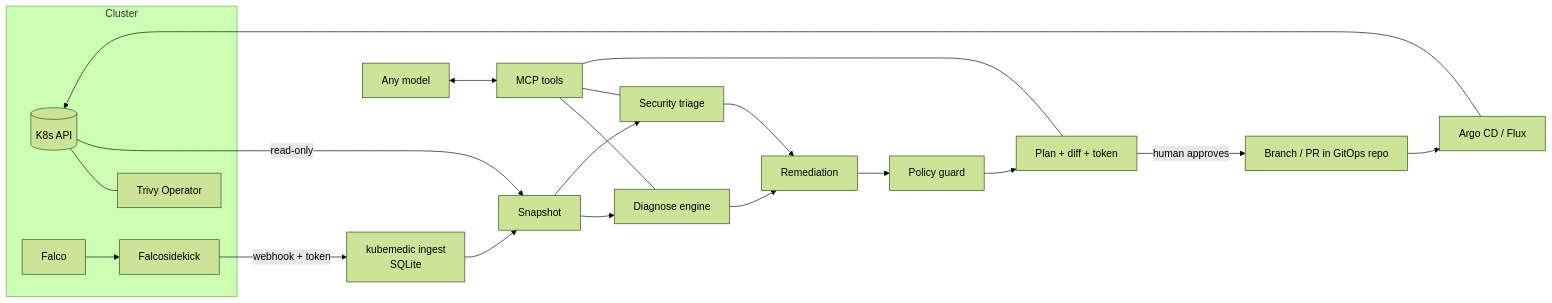
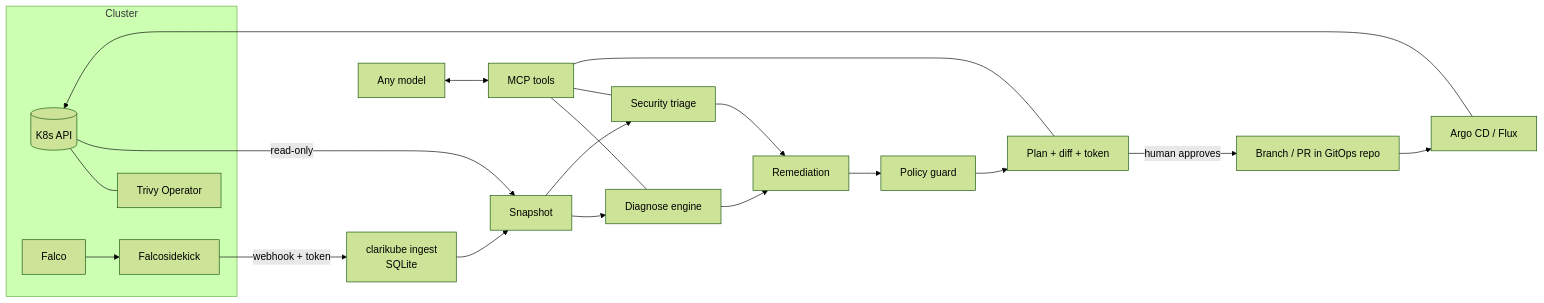
One commit to 007jesser/clarikube changed the diagram in README.md. Above: the diagram before and after it, drawn with Mermaid (forest theme). The commit also changed other lines of this file and 155 other files, not shown here.

````diff
--- a/README.md
+++ b/README.md
@@ -182,20 +182,20 @@
 ```mermaid
 flowchart LR
   subgraph Cluster
     K8s[(K8s API)] --- Trivy[Trivy Operator]
     Falco --> Sidekick[Falcosidekick]
   end
-  Sidekick -- webhook + token --> Ingest[kubemedic ingest\nSQLite]
+  Sidekick -- webhook + token --> Ingest[clarikube ingest\nSQLite]
   K8s -- read-only --> Source
   Ingest --> Source[Snapshot]
   Source --> Diag[Diagnose engine]
   Source --> Sec[Security triage]
   Diag --> Rem[Remediation]
   Sec --> Rem
   Rem --> Guard[Policy guard]
   Guard --> Plan[Plan + diff + token]
   Plan -- human approves --> Git[Branch / PR in GitOps repo]
   Git --> Argo[Argo CD / Flux] --> K8s
   MCP[MCP tools] --- Diag & Sec & Plan
   LLM[Any model] <--> MCP
 ```
````
